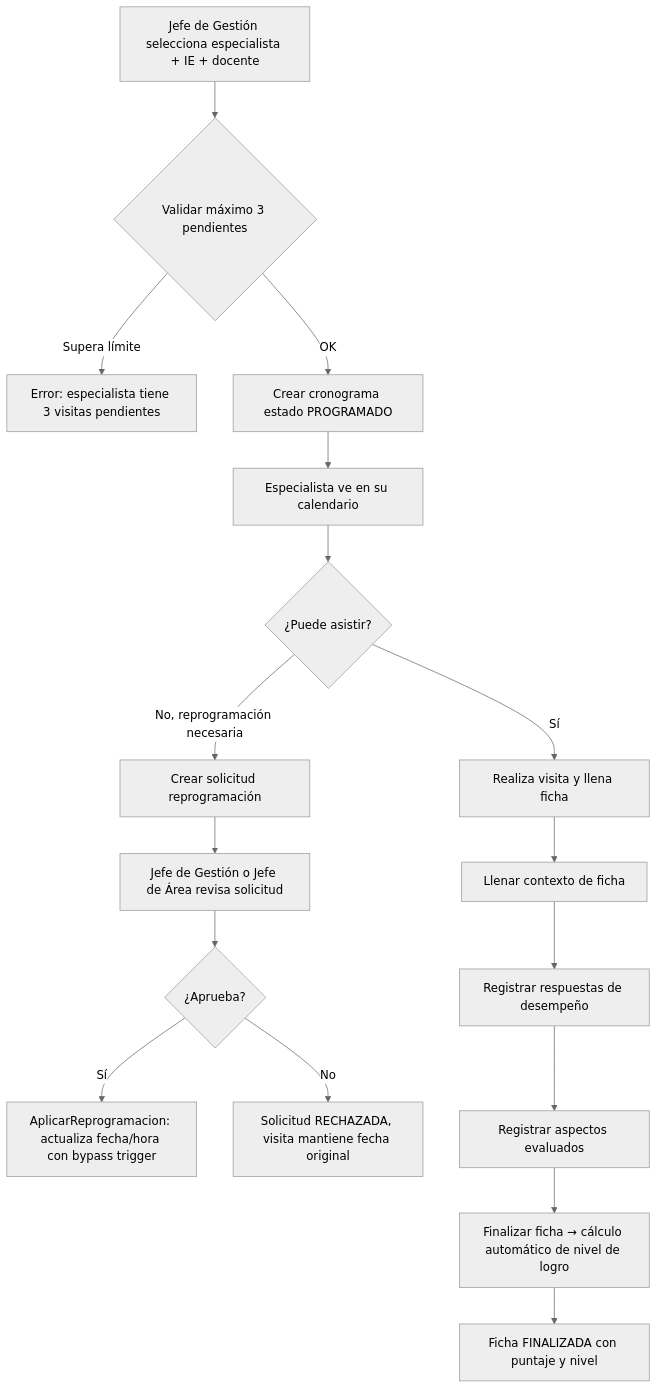
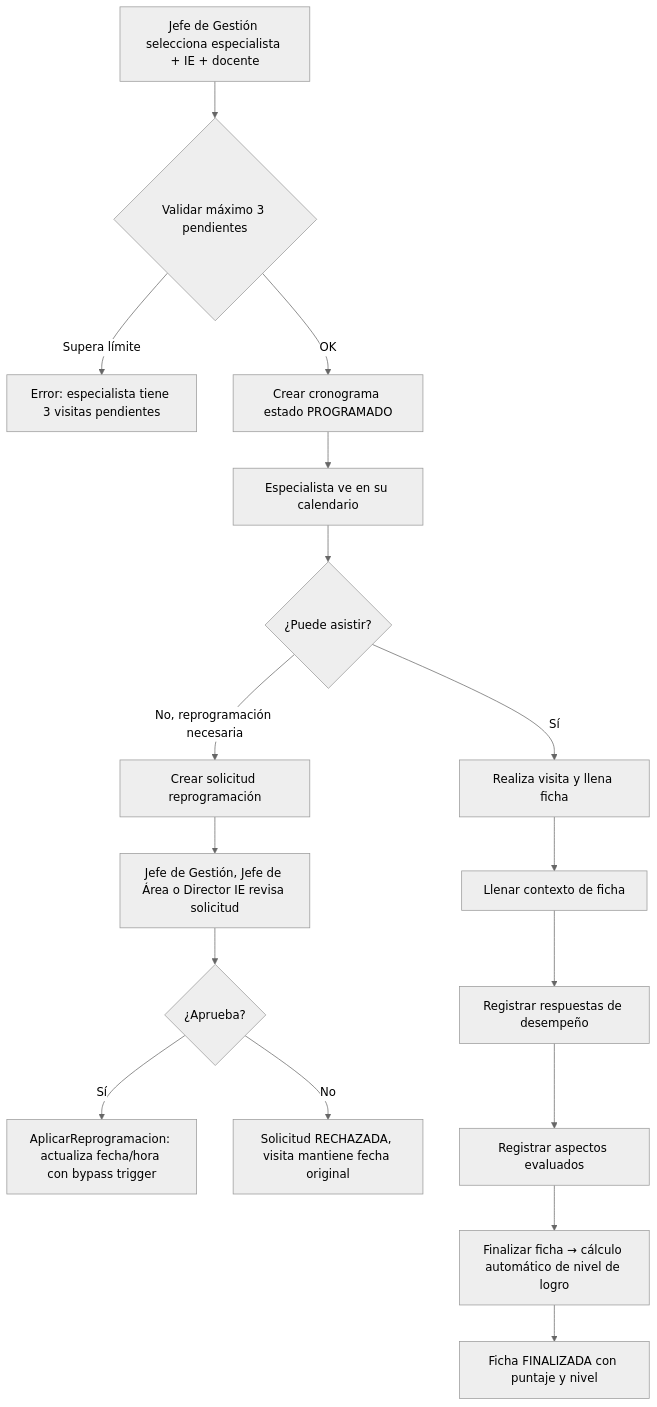
The fifth of 6 diagrams in PROJECT_DOCUMENTATION.md (Lapisoft-G5/Sistema-Monitoreo), drawn with Mermaid (neutral theme) before and after one commit. The commit also changed other lines of this file and 1 other file, not shown here.

First line of the commit message:
feat(scheduling): permitir que Director IE resuelva solicitudes de reprogramación de su IE

````diff
--- a/PROJECT_DOCUMENTATION.md
+++ b/PROJECT_DOCUMENTATION.md
@@ -673,19 +674,19 @@
 ```mermaid
 flowchart TD
     A[Jefe de Gestión selecciona especialista + IE + docente] --> B{Validar máximo 3 pendientes}
     B -->|Supera límite| C[Error: especialista tiene 3 visitas pendientes]
     B -->|OK| D[Crear cronograma estado PROGRAMADO]
     D --> E[Especialista ve en su calendario]
     E --> F{¿Puede asistir?}
     F -->|Sí| G[Realiza visita y llena ficha]
     F -->|No, reprogramación necesaria| H[Crear solicitud reprogramación]
-    H --> I[Jefe de Gestión o Jefe de Área revisa solicitud]
+    H --> I[Jefe de Gestión, Jefe de Área o Director IE revisa solicitud]
     I --> J{¿Aprueba?}
     J -->|Sí| K[AplicarReprogramacion: actualiza fecha/hora con bypass trigger]
     J -->|No| L[Solicitud RECHAZADA, visita mantiene fecha original]
     G --> M[Llenar contexto de ficha]
     M --> N[Registrar respuestas de desempeño]
     N --> O[Registrar aspectos evaluados]
     O --> P[Finalizar ficha → cálculo automático de nivel de logro]
     P --> Q[Ficha FINALIZADA con puntaje y nivel]
 ```
````
